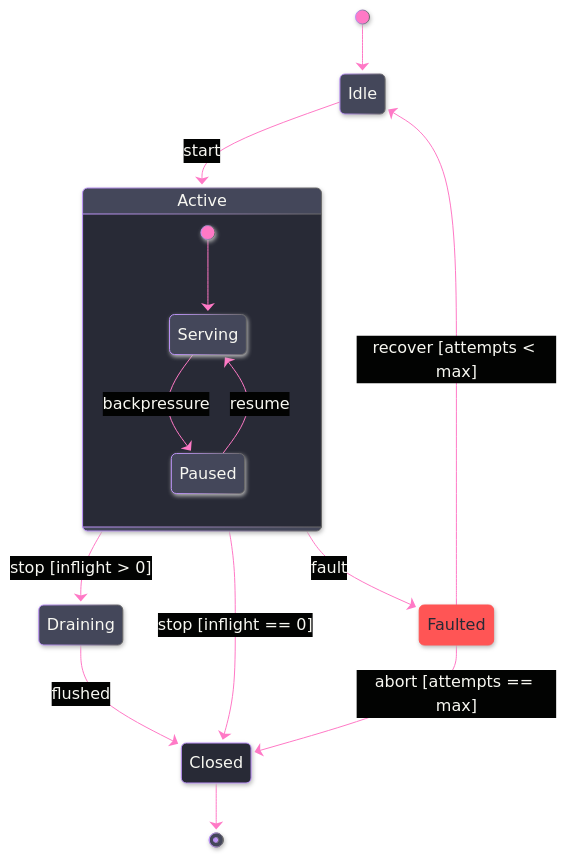
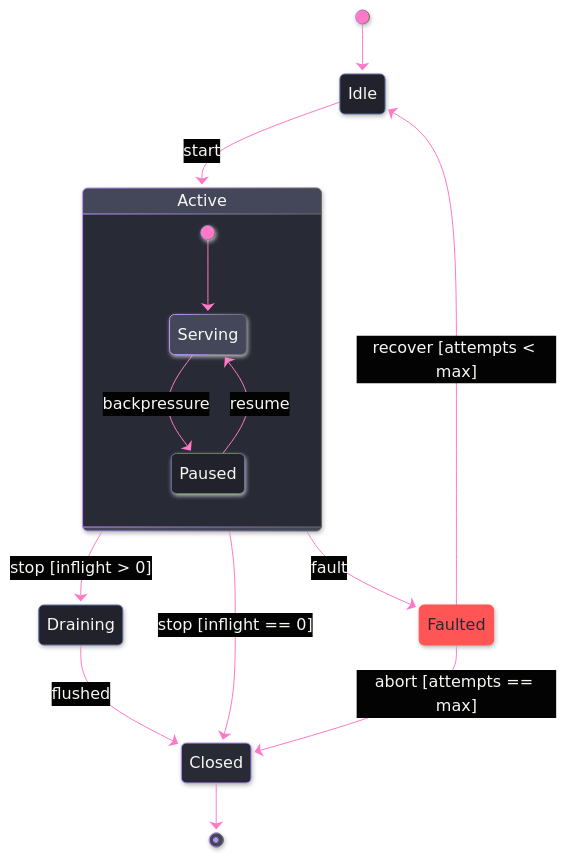
The diagram in .claude/skills/mermaid-diagramming/templates/lifecycle.mmd.md (bsamiee/Rasm), drawn with Mermaid before and after one commit. The commit also changed other lines of this file and 55 other files, not shown here.

````diff
--- a/.claude/skills/mermaid-diagramming/templates/lifecycle.mmd.md
+++ b/.claude/skills/mermaid-diagramming/templates/lifecycle.mmd.md
@@ -5,38 +5,41 @@
 ```mermaid
 ---
 config:
   look: neo
   theme: base
   themeVariables:
     darkMode: true
     background: "#282A36"
     primaryColor: "#44475A"
     primaryTextColor: "#F8F8F2"
     primaryBorderColor: "#BD93F9"
     lineColor: "#FF79C6"
     textColor: "#F8F8F2"
     tertiaryColor: "#21222C"
     tertiaryTextColor: "#F8F8F2"
+    fontFamily: "monospace"
 ---
 stateDiagram-v2
     accTitle: Owner lifecycle
     accDescr: A stateful owner moving from idle through a composite active state into draining and closed, with a guarded fault state offering bounded recovery before terminal abort.
     [*] --> Idle
     Idle --> Active: start
     state Active {
         [*] --> Serving
         Serving --> Paused: backpressure
         Paused --> Serving: resume
     }
     Active --> Draining: stop [inflight > 0]
     Active --> Closed: stop [inflight == 0]
     Active --> Faulted: fault
     Faulted --> Idle: recover [attempts < max]
     Faulted --> Closed: abort [attempts == max]
     Draining --> Closed: flushed
     Closed --> [*]
     classDef error fill:#FF5555,stroke:#FF5555,color:#282A36
     classDef boundary fill:#282A36,stroke:#BD93F9,color:#F8F8F2
+    classDef recessed fill:#21222C,stroke:#6272A4,color:#F8F8F2
     class Faulted error
     class Closed boundary
+    class Idle,Paused,Draining recessed
 ```
````
